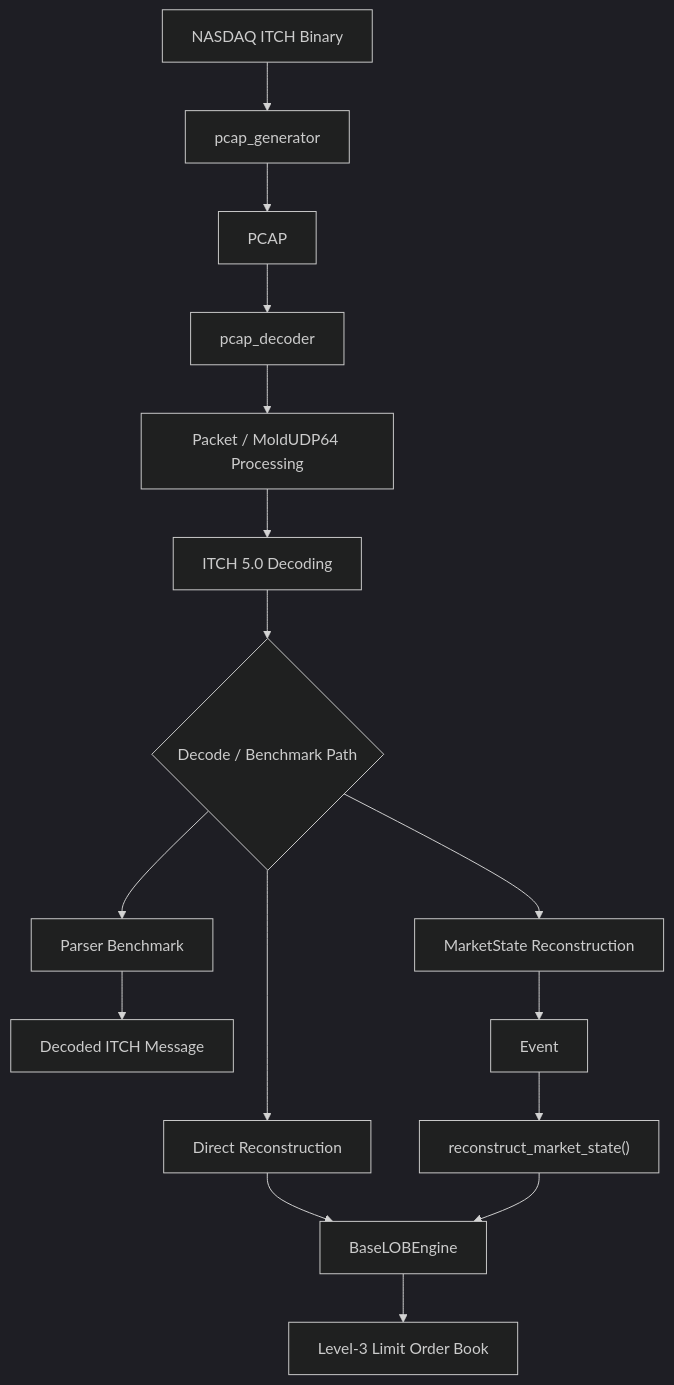
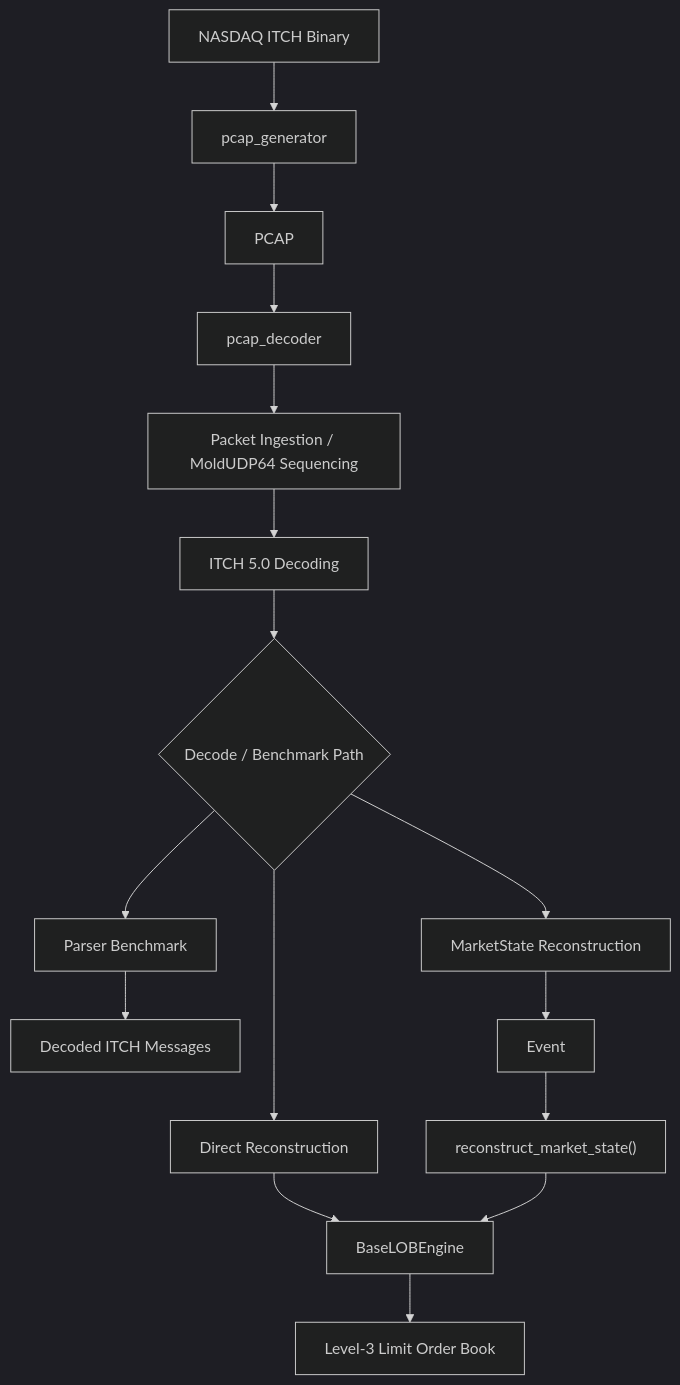
The diagram in README.md (pankajj6/pcap_feed_decoder), drawn with Mermaid (dark theme) before and after one commit. The commit also changed other lines of this file, not shown here.

````diff
--- a/README.md
+++ b/README.md
@@ -58,28 +90,28 @@
-```mermaid
+``` mermaid
 flowchart TD
 
     A["NASDAQ ITCH Binary"]
         --> B["pcap_generator"]
 
     B --> C["PCAP"]
 
     C --> D["pcap_decoder"]
 
-    D --> E["Packet / MoldUDP64 Processing"]
+    D --> E["Packet Ingestion / MoldUDP64 Sequencing"]
     E --> F["ITCH 5.0 Decoding"]
 
     F --> G{"Decode / Benchmark Path"}
 
     G --> H["Parser Benchmark"]
     G --> I["Direct Reconstruction"]
     G --> J["MarketState Reconstruction"]
 
-    H --> K["Decoded ITCH Message"]
+    H --> K["Decoded ITCH Messages"]
 
     I --> L["BaseLOBEngine"]
     J --> M["Event"]
     M --> N["reconstruct_market_state()"]
     N --> L
 
     L --> O["Level-3 Limit Order Book"]
 ```
````
